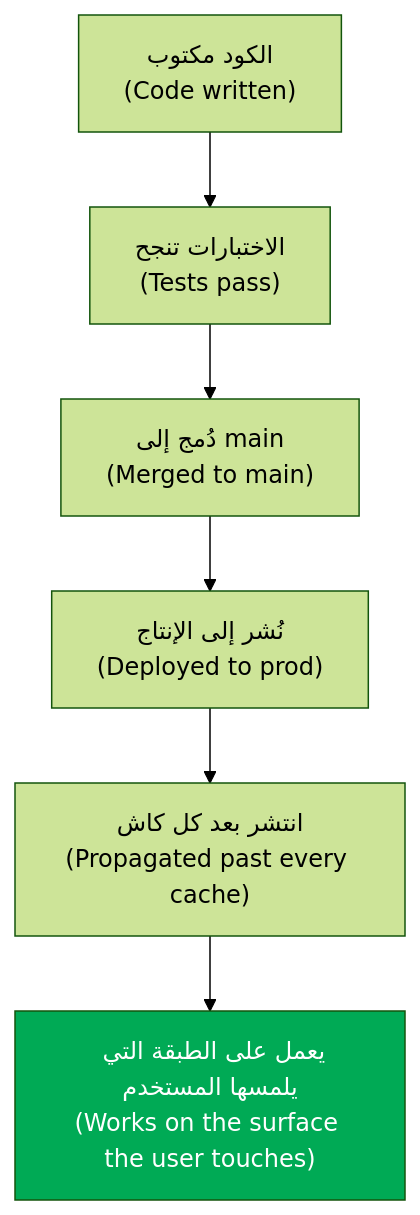
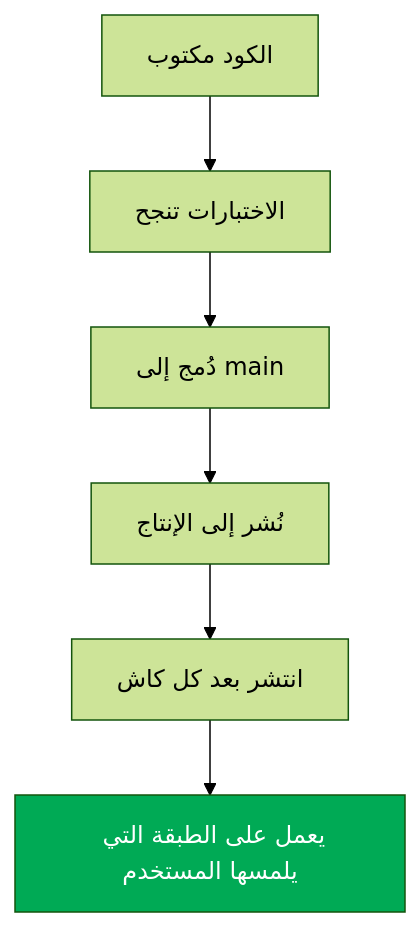
The fourth of 8 diagrams in modules/09-directing-ai-team/module.ar.md (Tamoura/system-design-for-vibe-coders), drawn with Mermaid (forest theme) before and after one commit. The commit also changed other lines of this file and 551 other files, not shown here.

````diff
--- a/modules/09-directing-ai-team/module.ar.md
+++ b/modules/09-directing-ai-team/module.ar.md
@@ -332,9 +332,9 @@
 ```mermaid
 flowchart TD
-    A["الكود مكتوب<br/>(Code written)"] --> B["الاختبارات تنجح<br/>(Tests pass)"]
-    B --> C["دُمج إلى main<br/>(Merged to main)"]
-    C --> D["نُشر إلى الإنتاج<br/>(Deployed to prod)"]
-    D --> E["انتشر بعد كل كاش<br/>(Propagated past every cache)"]
-    E --> F["يعمل على الطبقة التي يلمسها المستخدم<br/>(Works on the surface the user touches)"]
+    A["الكود مكتوب"] --> B["الاختبارات تنجح"]
+    B --> C["دُمج إلى main"]
+    C --> D["نُشر إلى الإنتاج"]
+    D --> E["انتشر بعد كل كاش"]
+    E --> F["يعمل على الطبقة التي يلمسها المستخدم"]
     style F fill:#0a5,color:#fff
 ```
````
